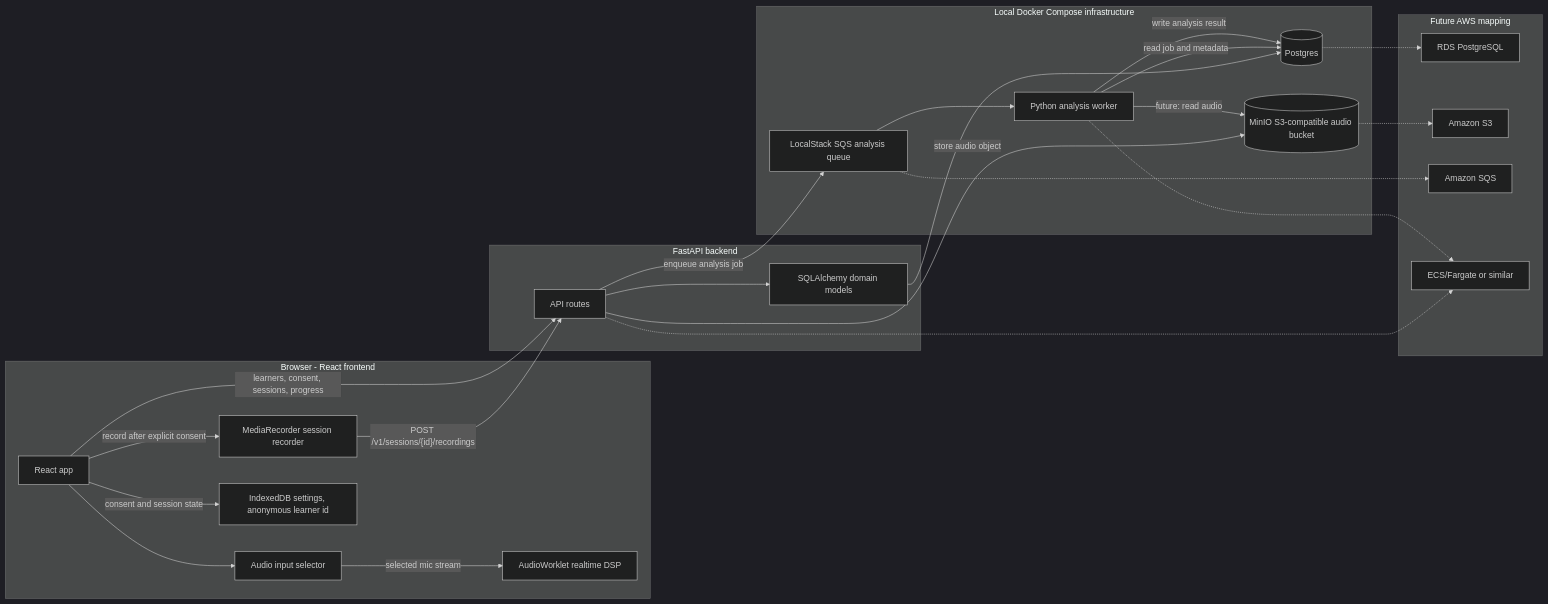
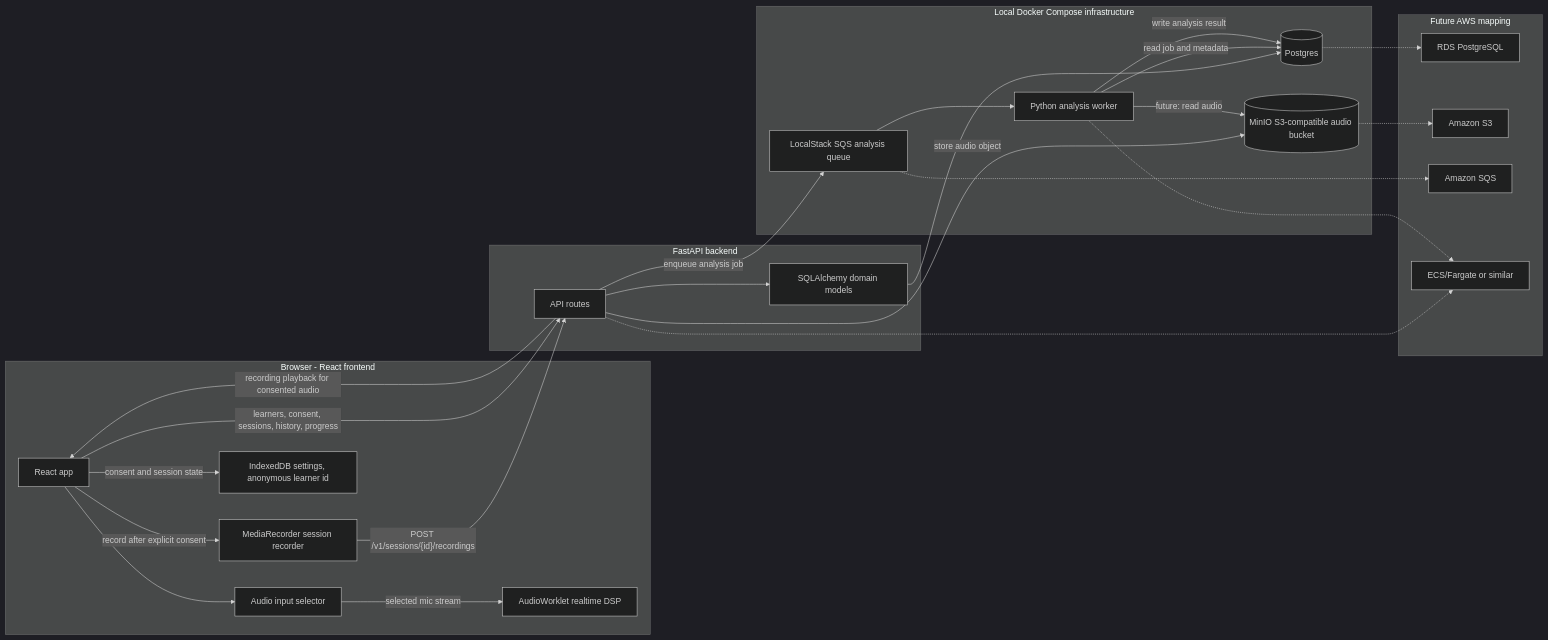
Before and after one commit to shivamk3r/guitar: the diagram in docs/system_diagram.md, drawn with Mermaid (dark theme). The commit also changed 21 other files, not shown here.

````diff
--- a/docs/system_diagram.md
+++ b/docs/system_diagram.md
@@ -3,51 +3,52 @@
 ```mermaid
 flowchart LR
   subgraph Browser["Browser - React frontend"]
     UI["React app"]
     MicSelect["Audio input selector"]
     Worklet["AudioWorklet realtime DSP"]
     Recorder["MediaRecorder session recorder"]
     IndexedDB["IndexedDB settings, anonymous learner id"]
   end
 
   subgraph Backend["FastAPI backend"]
     API["API routes"]
     Models["SQLAlchemy domain models"]
   end
 
   subgraph LocalInfra["Local Docker Compose infrastructure"]
     Postgres[("Postgres")]
     MinIO[("MinIO S3-compatible audio bucket")]
     SQS["LocalStack SQS analysis queue"]
     Worker["Python analysis worker"]
   end
 
   UI --> MicSelect
   MicSelect -->|"selected mic stream"| Worklet
   UI -->|"consent and session state"| IndexedDB
   UI -->|"record after explicit consent"| Recorder
   Recorder -->|"POST /v1/sessions/{id}/recordings"| API
-  UI -->|"learners, consent, sessions, progress"| API
+  UI -->|"learners, consent, sessions, history, progress"| API
+  API -->|"recording playback for consented audio"| UI
 
   API --> Models
   Models --> Postgres
   API -->|"store audio object"| MinIO
   API -->|"enqueue analysis job"| SQS
   SQS --> Worker
   Worker -->|"read job and metadata"| Postgres
   Worker -->|"future: read audio"| MinIO
   Worker -->|"write analysis result"| Postgres
 
   subgraph AWS["Future AWS mapping"]
     RDS["RDS PostgreSQL"]
     S3["Amazon S3"]
     AmazonSQS["Amazon SQS"]
     Containers["ECS/Fargate or similar"]
   end
 
   Postgres -.-> RDS
   MinIO -.-> S3
   SQS -.-> AmazonSQS
   API -.-> Containers
   Worker -.-> Containers
 ```
````
